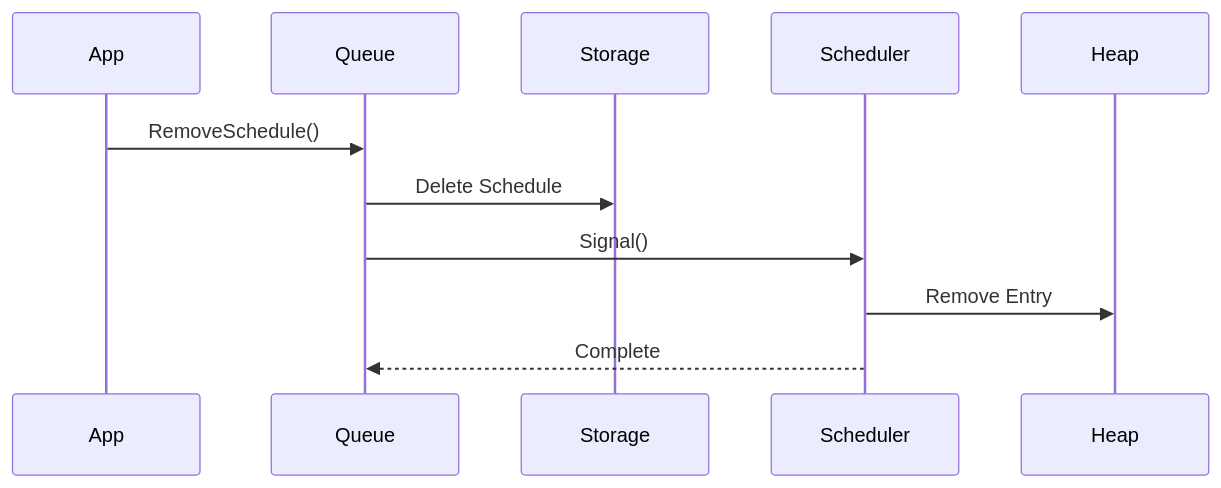
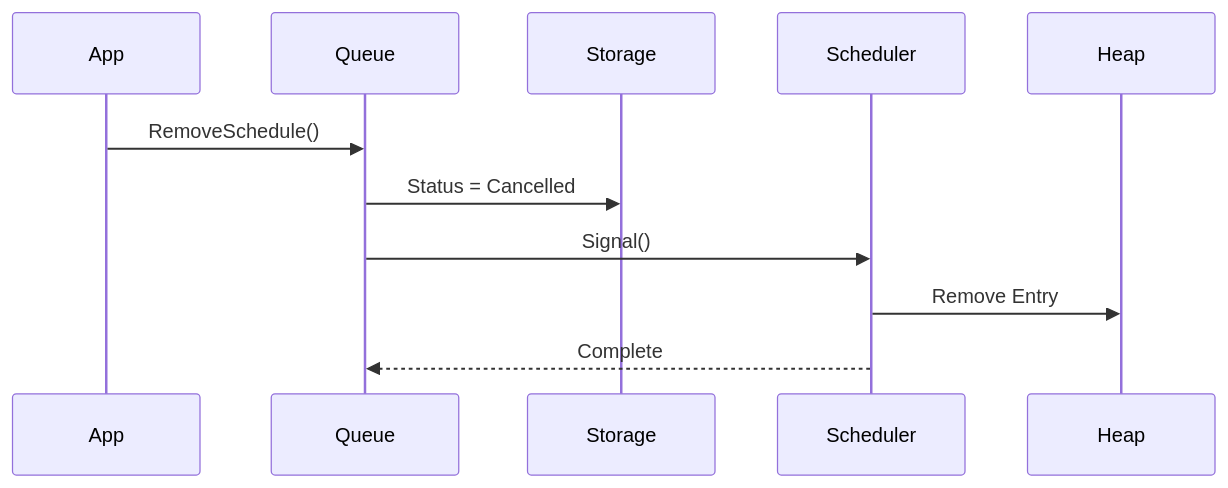
The sixth of 20 diagrams in docs/ARCHITECTURE.md (zsweiter/hydra), drawn with Mermaid before and after one commit. The commit also changed other lines of this file and 109 other files, not shown here.

````diff
--- a/docs/ARCHITECTURE.md
+++ b/docs/ARCHITECTURE.md
@@ -344,19 +393,19 @@
 ```mermaid
 sequenceDiagram
 
     participant App
     participant Queue
     participant Storage
     participant Scheduler
     participant Heap
 
     App->>Queue: RemoveSchedule()
 
-    Queue->>Storage: Delete Schedule
+    Queue->>Storage: Status = Cancelled
 
     Queue->>Scheduler: Signal()
 
     Scheduler->>Heap: Remove Entry
 
     Scheduler-->>Queue: Complete
 ```
````
